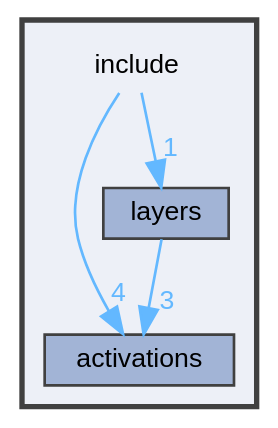
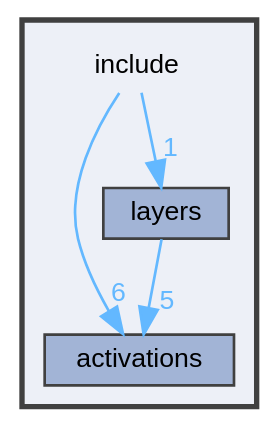
One commit to Nalin-Angrish/FlexNN changed the diagram in dir_d44c64559bbebec7f509842c48db8b23_dep.dot. Above: the diagram before and after it, drawn with Graphviz. The commit also changed 99 other files, not shown here.

```diff
--- a/dir_d44c64559bbebec7f509842c48db8b23_dep.dot
+++ b/dir_d44c64559bbebec7f509842c48db8b23_dep.dot
@@ -1,17 +1,17 @@
 digraph "include"
 {
  // LATEX_PDF_SIZE
   bgcolor="transparent";
   edge [fontname=Helvetica,fontsize=10,labelfontname=Helvetica,labelfontsize=10];
   node [fontname=Helvetica,fontsize=10,shape=box,height=0.2,width=0.4];
   compound=true
   subgraph clusterdir_d44c64559bbebec7f509842c48db8b23 {
     graph [ bgcolor="#edf0f7", pencolor="grey25", label="", fontname=Helvetica,fontsize=10 style="filled,bold", URL="dir_d44c64559bbebec7f509842c48db8b23.html",tooltip=""]
     dir_d44c64559bbebec7f509842c48db8b23 [shape=plaintext, label="include"];
   dir_5085178e55206e1ee567ca89c87e6782 [label="activations", fillcolor="#a2b4d6", color="grey25", style="filled", URL="dir_5085178e55206e1ee567ca89c87e6782.html",tooltip=""];
   dir_60b85c829bff656fa9381b606f5c0bf1 [label="layers", fillcolor="#a2b4d6", color="grey25", style="filled", URL="dir_60b85c829bff656fa9381b606f5c0bf1.html",tooltip=""];
   }
-  dir_d44c64559bbebec7f509842c48db8b23->dir_5085178e55206e1ee567ca89c87e6782 [headlabel="4", labeldistance=1.5 headhref="dir_000002_000000.html" href="dir_000002_000000.html" color="steelblue1" fontcolor="steelblue1"];
+  dir_d44c64559bbebec7f509842c48db8b23->dir_5085178e55206e1ee567ca89c87e6782 [headlabel="6", labeldistance=1.5 headhref="dir_000002_000000.html" href="dir_000002_000000.html" color="steelblue1" fontcolor="steelblue1"];
   dir_d44c64559bbebec7f509842c48db8b23->dir_60b85c829bff656fa9381b606f5c0bf1 [headlabel="1", labeldistance=1.5 headhref="dir_000002_000003.html" href="dir_000002_000003.html" color="steelblue1" fontcolor="steelblue1"];
-  dir_60b85c829bff656fa9381b606f5c0bf1->dir_5085178e55206e1ee567ca89c87e6782 [headlabel="3", labeldistance=1.5 headhref="dir_000003_000000.html" href="dir_000003_000000.html" color="steelblue1" fontcolor="steelblue1"];
+  dir_60b85c829bff656fa9381b606f5c0bf1->dir_5085178e55206e1ee567ca89c87e6782 [headlabel="5", labeldistance=1.5 headhref="dir_000003_000000.html" href="dir_000003_000000.html" color="steelblue1" fontcolor="steelblue1"];
 }
```
